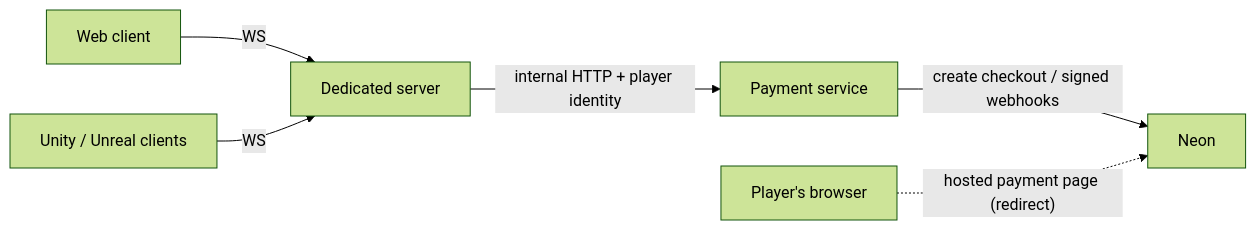
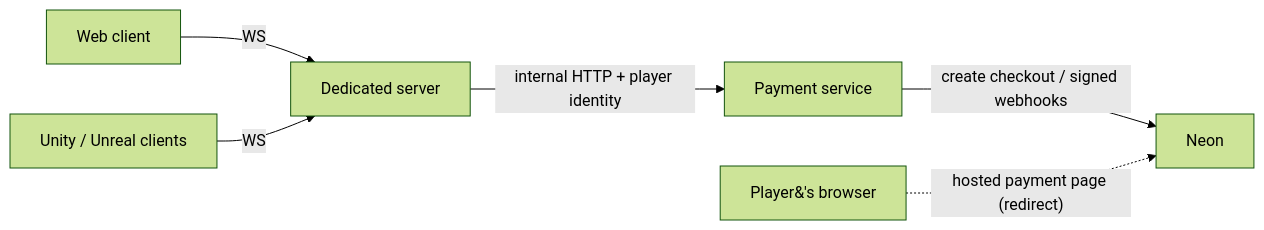
Before and after one commit to Hakhyun-Kim/neon-checkout-integration: the second of 2 diagrams in docs/13-dedicated-server.md, drawn with Mermaid (forest theme). The commit also changed other lines of this file, not shown here.

Commit message:
Quote the diagram labels so special characters cannot break rendering

````diff
--- a/docs/13-dedicated-server.md
+++ b/docs/13-dedicated-server.md
@@ -86,8 +86,8 @@
 ```mermaid
 flowchart LR
-    W[Web client] -- WS --> D[Dedicated server]
-    U[Unity / Unreal clients] -- WS --> D
-    D -- "internal HTTP + player identity" --> P[Payment service]
-    P -- "create checkout / signed webhooks" --> N[Neon]
-    B[Player's browser] -. "hosted payment page (redirect)" .-> N
+    W["Web client"] -- WS --> D["Dedicated server"]
+    U["Unity / Unreal clients"] -- WS --> D
+    D -- "internal HTTP + player identity" --> P["Payment service"]
+    P -- "create checkout / signed webhooks" --> N["Neon"]
+    B["Player&#39;s browser"] -. "hosted payment page (redirect)" .-> N
 ```
````
